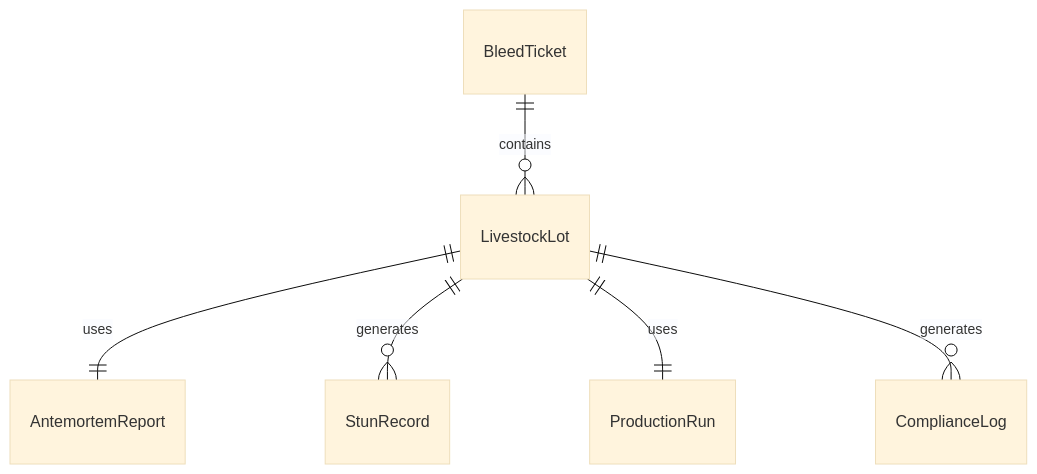
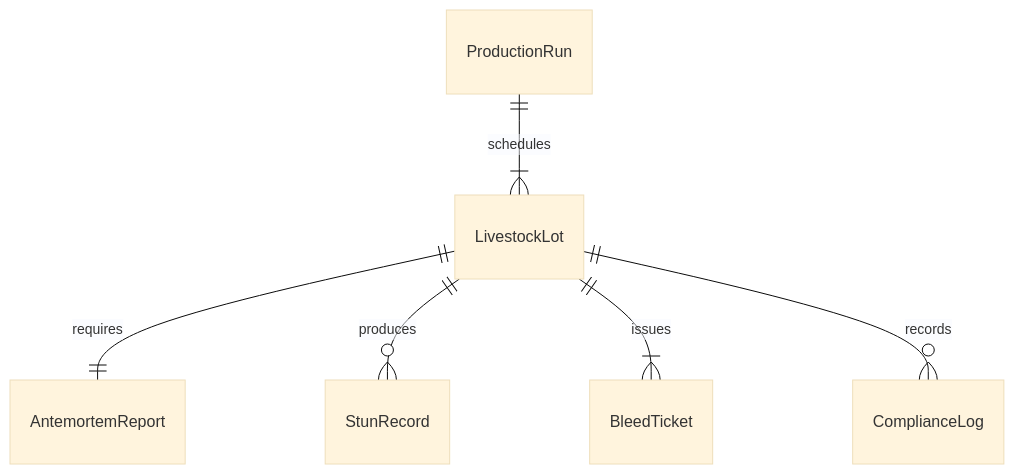
One commit to dot-org-ai/tasks.org.ai changed the first of 4 diagrams in HandlingAndMovingObjects/ProcessAnimalCarcasses/SlaughterAnimals.mdx. Above: the diagram before and after it, drawn with Mermaid (base theme). The commit also changed other lines of this file and 515 other files, not shown here.

````diff
--- a/HandlingAndMovingObjects/ProcessAnimalCarcasses/SlaughterAnimals.mdx
+++ b/HandlingAndMovingObjects/ProcessAnimalCarcasses/SlaughterAnimals.mdx
@@ -87,8 +87,8 @@
 ```mermaid
 erDiagram
-    LivestockLot ||--|| AntemortemReport : "uses"
-    LivestockLot ||--o{ StunRecord : "generates"
-    BleedTicket ||--o{ LivestockLot : "contains"
-    LivestockLot ||--|| ProductionRun : "uses"
-    LivestockLot ||--o{ ComplianceLog : "generates"
+    LivestockLot ||--|| AntemortemReport : "requires"
+    LivestockLot ||--o{ StunRecord : "produces"
+    LivestockLot ||--|{ BleedTicket : "issues"
+    ProductionRun ||--|{ LivestockLot : "schedules"
+    LivestockLot ||--o{ ComplianceLog : "records"
 ```
````
